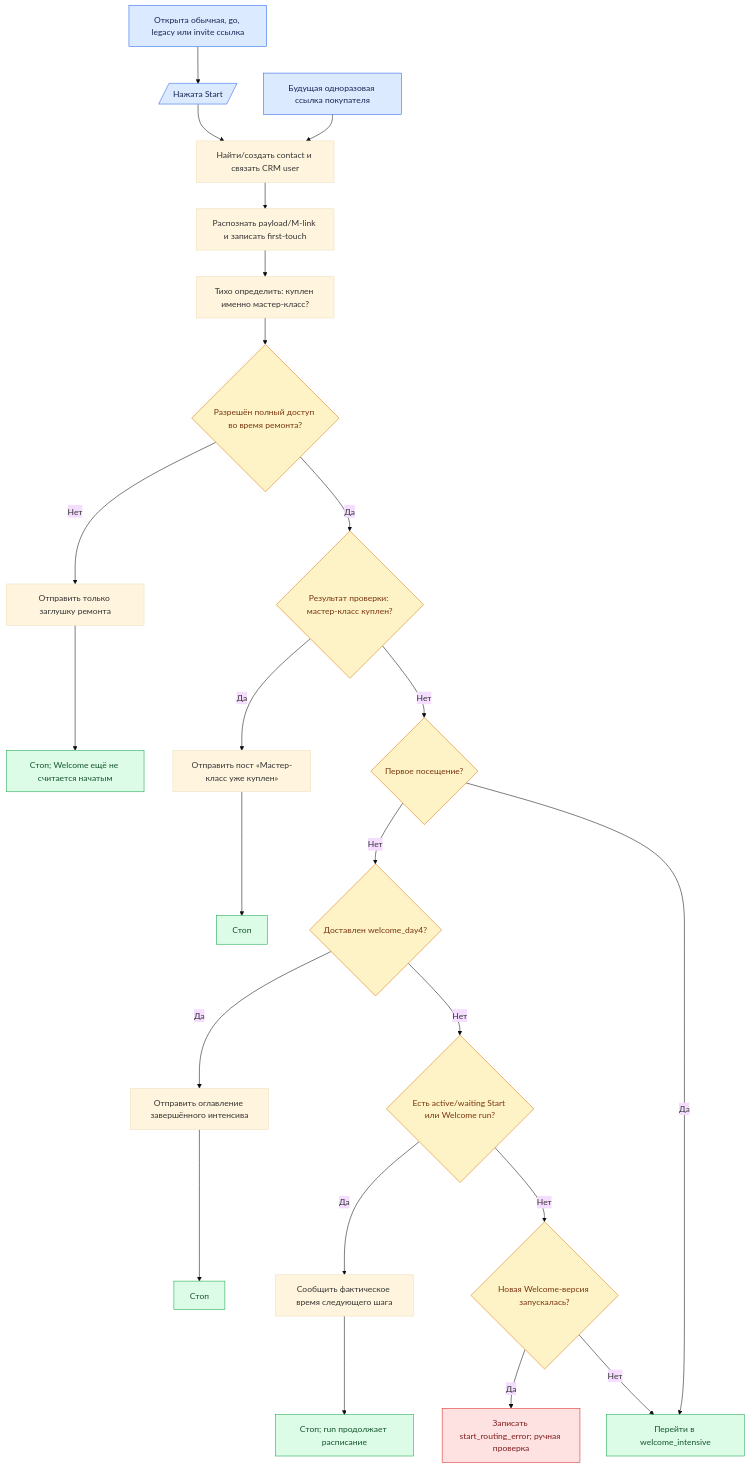
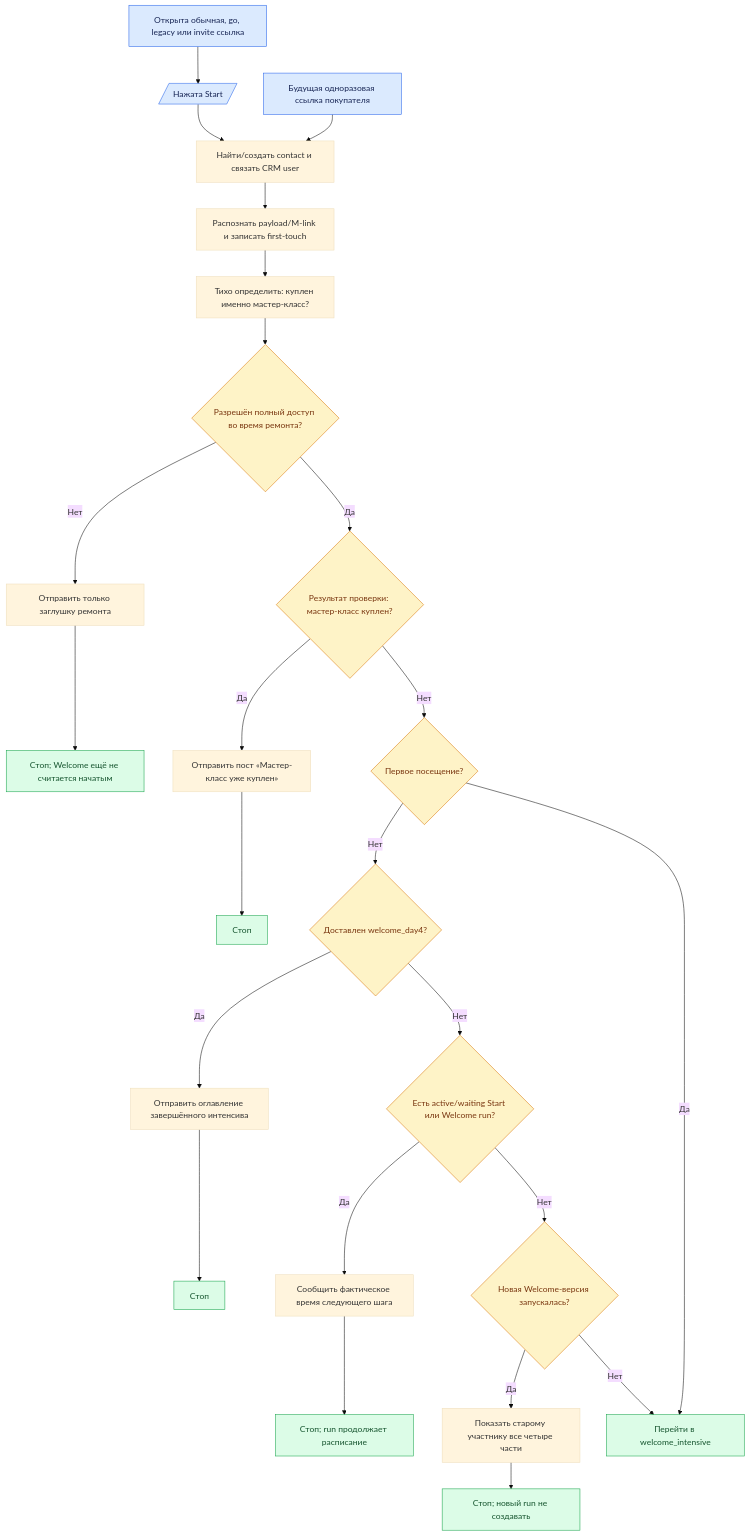
The diagram in docs/knowledge-base/modules/telegram/START_WELCOME_ROUTING.md (armagedongt/edabalans.ru), drawn with Mermaid (base theme) before and after one commit. The commit also changed other lines of this file and 49 other files, not shown here.

Commit message:
Prepare intensive welcome sequence for owner test

````diff
--- a/docs/knowledge-base/modules/telegram/START_WELCOME_ROUTING.md
+++ b/docs/knowledge-base/modules/telegram/START_WELCOME_ROUTING.md
@@ -184,34 +151,33 @@
 ```mermaid
 flowchart TD
     L[Открыта обычная, go, legacy или invite ссылка] --> S[/Нажата Start/]
     BUYLINK[Будущая одноразовая ссылка покупателя] --> ID
     S --> ID[Найти/создать contact и связать CRM user]
     ID --> ATTR[Распознать payload/M-link и записать first-touch]
     ATTR --> MKFACT[Тихо определить: куплен именно мастер-класс?]
     MKFACT --> MAINT{Разрешён полный доступ во время ремонта?}
     MAINT -- Нет --> NOTICE[Отправить только заглушку ремонта]
     NOTICE --> STOP0[Стоп; Welcome ещё не считается начатым]
     MAINT -- Да --> MK{Результат проверки: мастер-класс куплен?}
     MK -- Да --> MB[Отправить пост «Мастер-класс уже куплен»]
     MB --> STOP1[Стоп]
     MK -- Нет --> FIRST{Первое посещение?}
     FIRST -- Нет --> D4{Доставлен welcome_day4?}
     D4 -- Да --> COMPLETE[Отправить оглавление завершённого интенсива]
     COMPLETE --> STOP2[Стоп]
     D4 -- Нет --> RUN{Есть active/waiting Start или Welcome run?}
     RUN -- Да --> WAIT[Сообщить фактическое время следующего шага]
     WAIT --> STOP3[Стоп; run продолжает расписание]
     RUN -- Нет --> EVER{Новая Welcome-версия запускалась?}
-    EVER -- Да --> ERR[Записать start_routing_error; ручная проверка]
+    EVER -- Да --> LEGACY[Показать старому участнику все четыре части]
+    LEGACY --> STOP4[Стоп; новый run не создавать]
     FIRST -- Да --> WELCOME[Перейти в welcome_intensive]
     EVER -- Нет --> WELCOME
 
     classDef entry fill:#dbeafe,stroke:#2563eb,color:#172554;
     classDef exit fill:#dcfce7,stroke:#16a34a,color:#14532d;
-    classDef error fill:#fee2e2,stroke:#dc2626,color:#7f1d1d;
     classDef condition fill:#fef3c7,stroke:#d97706,color:#78350f;
     class L,S,BUYLINK entry;
-    class WELCOME,STOP0,STOP1,STOP2,STOP3 exit;
-    class ERR error;
+    class WELCOME,STOP0,STOP1,STOP2,STOP3,STOP4 exit;
     class MAINT,MK,FIRST,D4,RUN,EVER condition;
 ```
````
